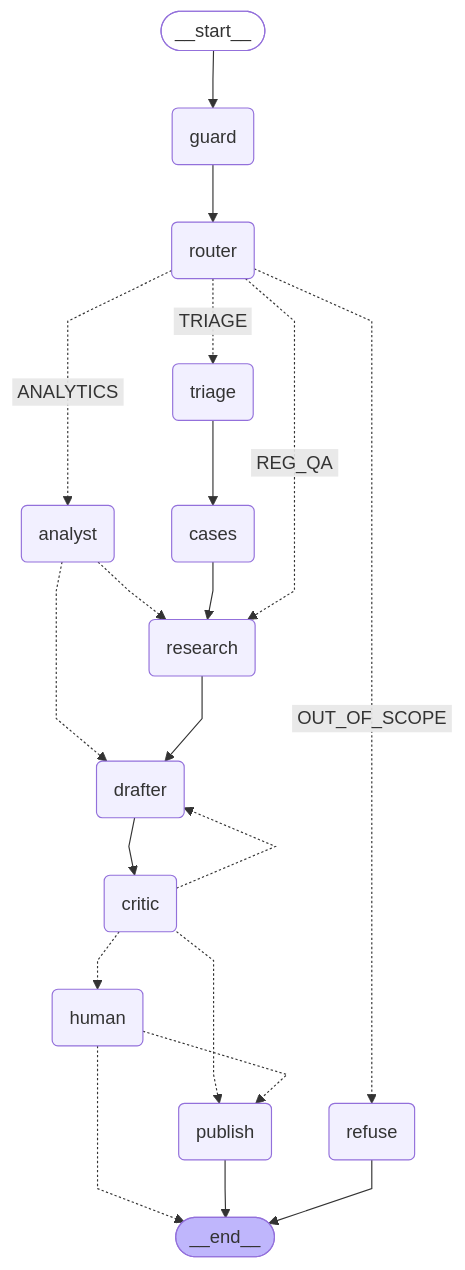
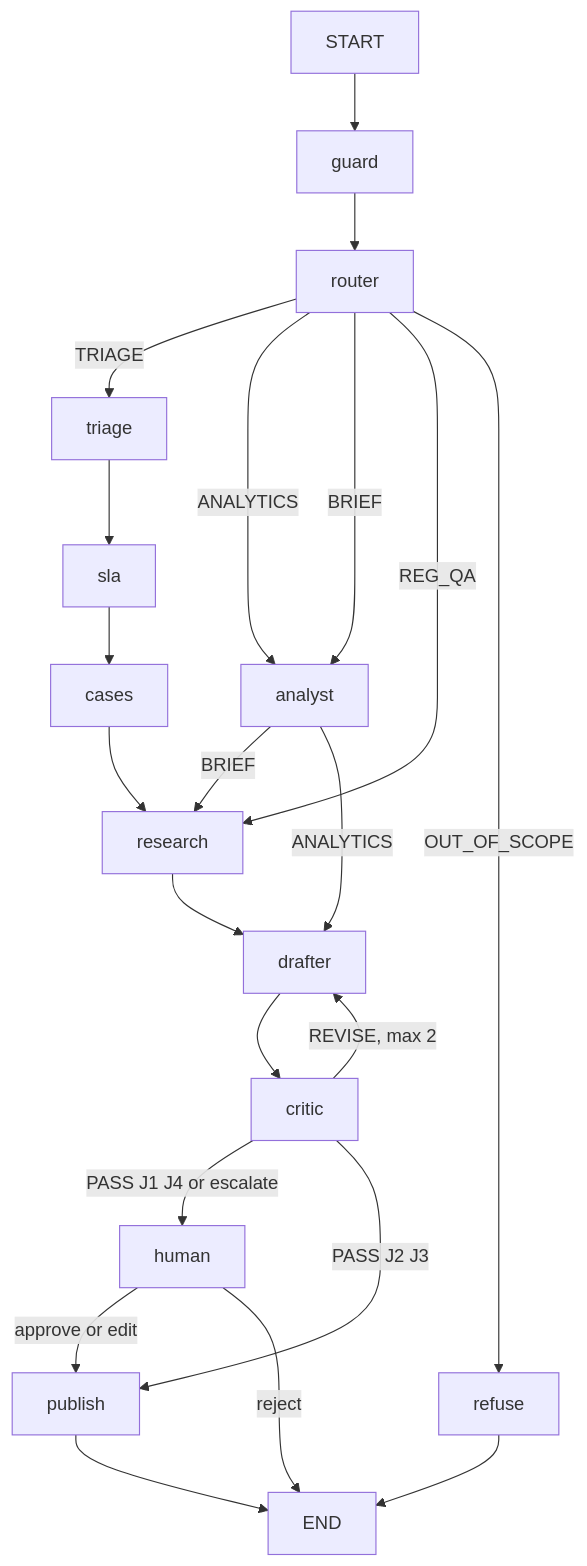
The diagram in docs/graph.mmd (Puja5445/ComplaintIQ_MultiAgent_Project), drawn with Mermaid before and after one commit.

```diff
--- a/docs/graph.mmd
+++ b/docs/graph.mmd
@@ -1,41 +1,16 @@
----
-config:
-  flowchart:
-    curve: linear
----
-graph TD;
-	__start__([<p>__start__</p>]):::first
-	guard(guard)
-	router(router)
-	triage(triage)
-	cases(cases)
-	analyst(analyst)
-	research(research)
-	drafter(drafter)
-	critic(critic)
-	human(human)
-	publish(publish)
-	refuse(refuse)
-	__end__([<p>__end__</p>]):::last
-	__start__ --> guard;
-	analyst -.-> drafter;
-	analyst -.-> research;
-	cases --> research;
-	critic -.-> drafter;
-	critic -.-> human;
-	critic -.-> publish;
-	drafter --> critic;
-	guard --> router;
-	human -.-> __end__;
-	human -.-> publish;
-	research --> drafter;
-	router -. &nbsp;ANALYTICS&nbsp; .-> analyst;
-	router -. &nbsp;OUT_OF_SCOPE&nbsp; .-> refuse;
-	router -. &nbsp;REG_QA&nbsp; .-> research;
-	router -. &nbsp;TRIAGE&nbsp; .-> triage;
-	triage --> cases;
-	publish --> __end__;
-	refuse --> __end__;
-	classDef default fill:#f2f0ff,line-height:1.2
-	classDef first fill-opacity:0
-	classDef last fill:#bfb6fc
+flowchart TD
+  START --> guard --> router
+  router -->|TRIAGE| triage --> sla --> cases --> research
+  router -->|ANALYTICS| analyst
+  router -->|BRIEF| analyst
+  router -->|REG_QA| research
+  router -->|OUT_OF_SCOPE| refuse --> END
+  analyst -->|BRIEF| research
+  analyst -->|ANALYTICS| drafter
+  research --> drafter --> critic
+  critic -->|REVISE, max 2| drafter
+  critic -->|PASS J1 J4 or escalate| human
+  critic -->|PASS J2 J3| publish
+  human -->|approve or edit| publish
+  human -->|reject| END
+  publish --> END
```
